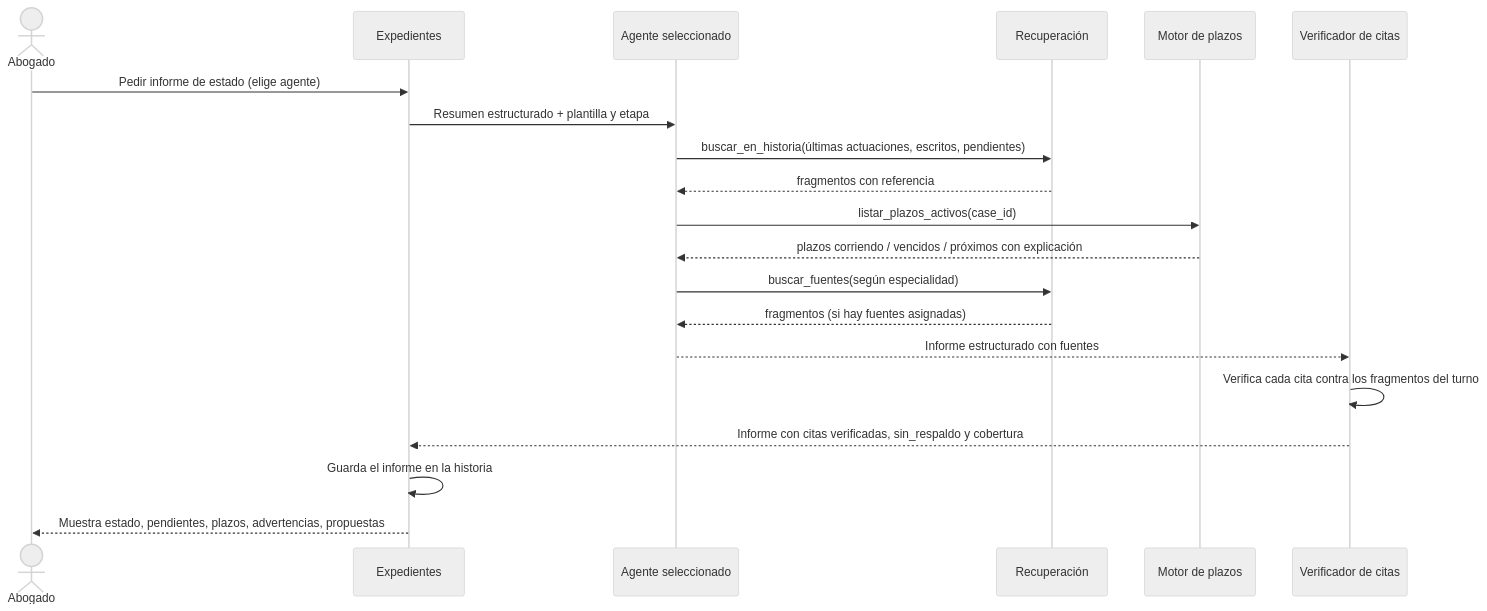
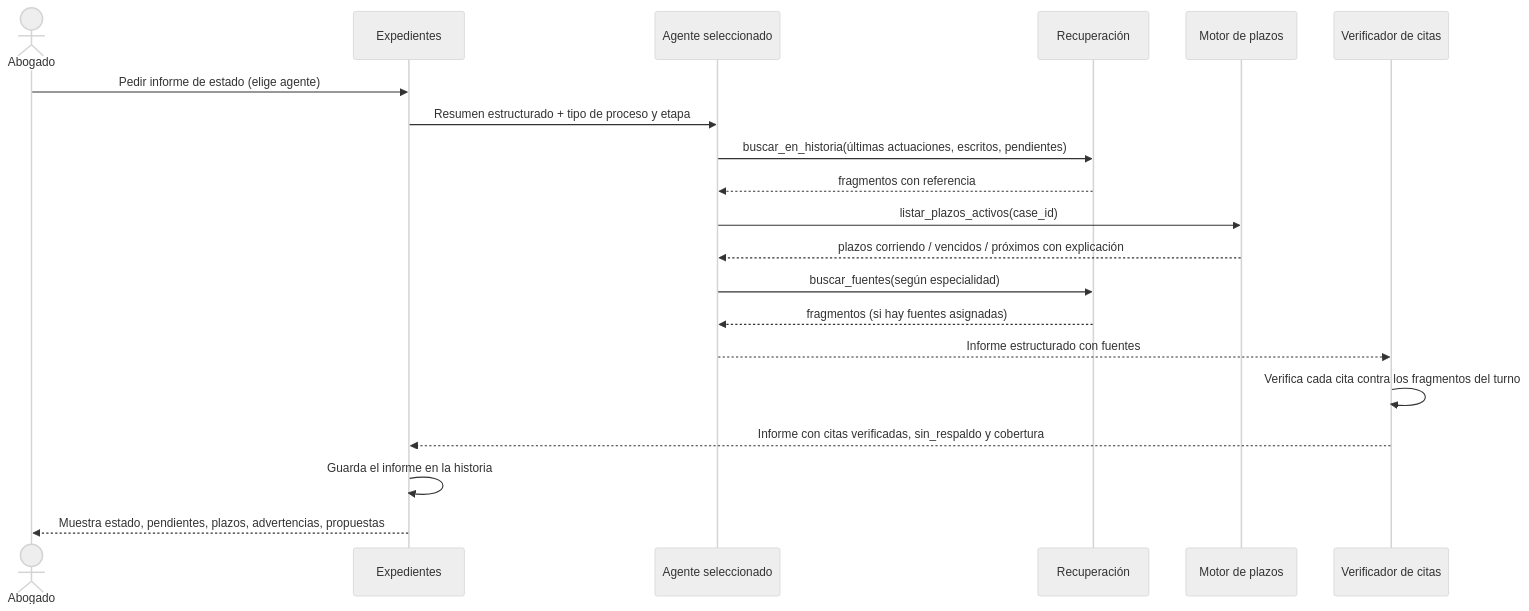
One commit to hernanhael/agh changed the fourth of 4 diagrams in docs/05-integracion-expedientes-ia.md. Above: the diagram before and after it, drawn with Mermaid (neutral theme). The commit also changed other lines of this file and 53 other files, not shown here.

````diff
--- a/docs/05-integracion-expedientes-ia.md
+++ b/docs/05-integracion-expedientes-ia.md
@@ -128,23 +128,23 @@
 ```mermaid
 sequenceDiagram
     actor Abogado
     participant EXP as Expedientes
     participant AG as Agente seleccionado
     participant RAG as Recuperación
     participant PL as Motor de plazos
     participant VER as Verificador de citas
 
     Abogado->>EXP: Pedir informe de estado (elige agente)
-    EXP->>AG: Resumen estructurado + plantilla y etapa
+    EXP->>AG: Resumen estructurado + tipo de proceso y etapa
     AG->>RAG: buscar_en_historia(últimas actuaciones, escritos, pendientes)
     RAG-->>AG: fragmentos con referencia
     AG->>PL: listar_plazos_activos(case_id)
     PL-->>AG: plazos corriendo / vencidos / próximos con explicación
     AG->>RAG: buscar_fuentes(según especialidad)
     RAG-->>AG: fragmentos (si hay fuentes asignadas)
     AG-->>VER: Informe estructurado con fuentes
     VER->>VER: Verifica cada cita contra los fragmentos del turno
     VER-->>EXP: Informe con citas verificadas, sin_respaldo y cobertura
     EXP->>EXP: Guarda el informe en la historia
     EXP-->>Abogado: Muestra estado, pendientes, plazos, advertencias, propuestas
 ```
````
